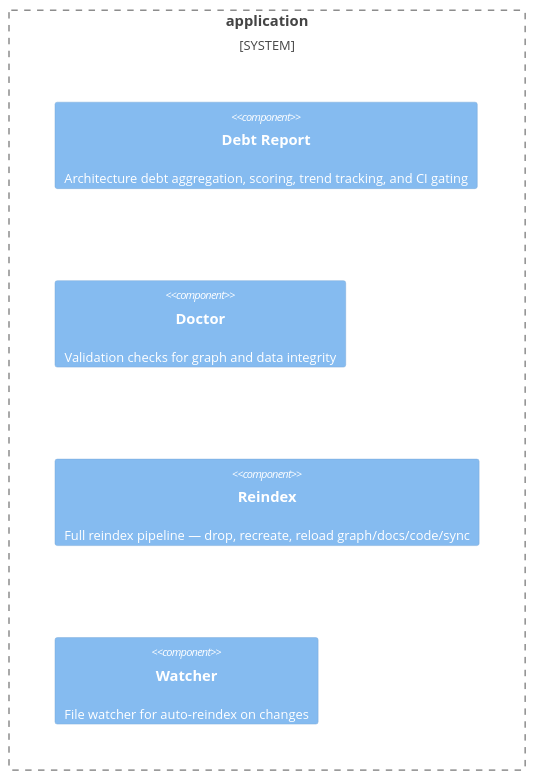
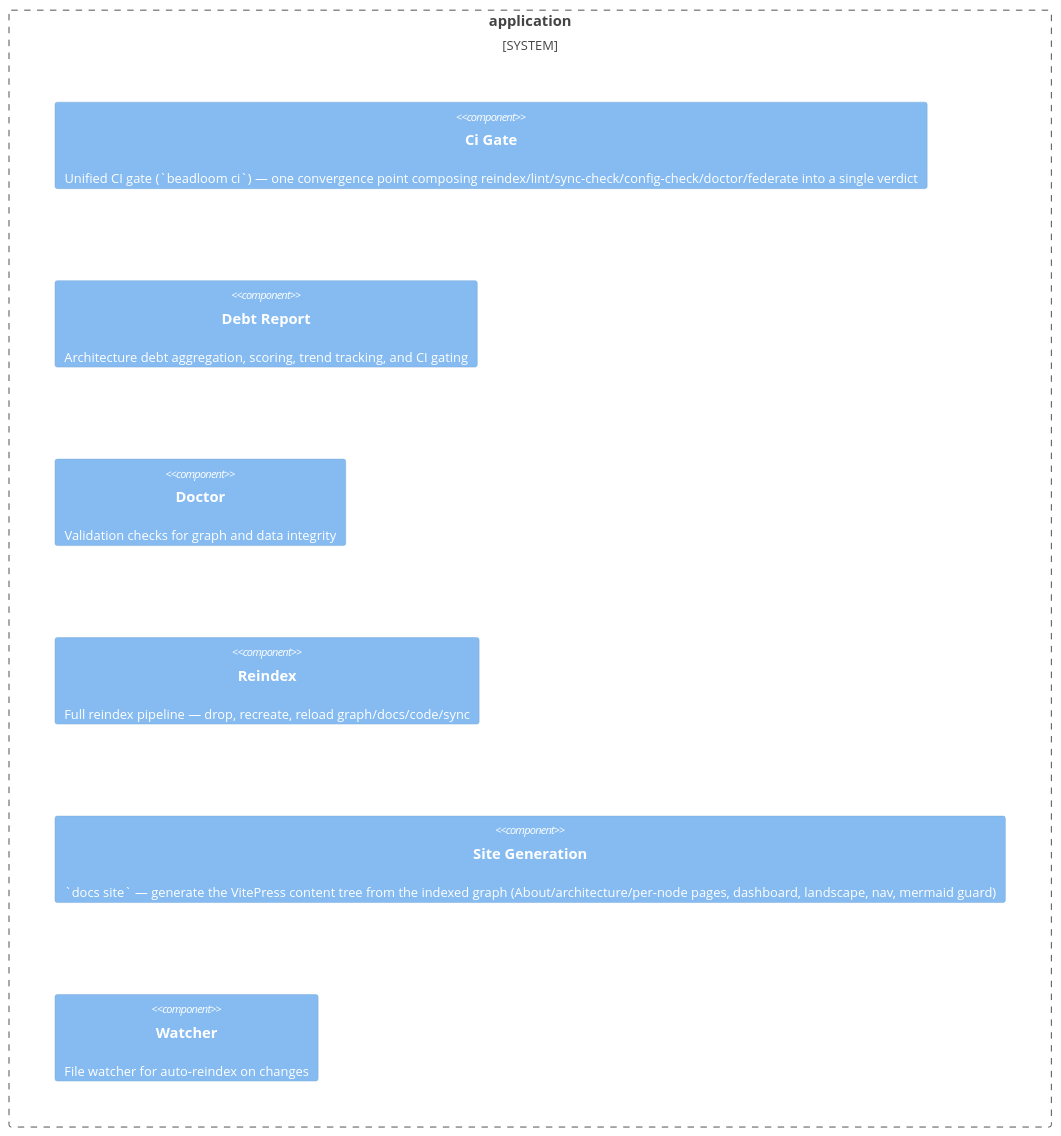
Before and after one commit to zoologov/beadloom: the diagram in site/domains/application.md, drawn with Mermaid. The commit also changed other lines of this file and 128 other files, not shown here.

First line of the commit message:
[BDL-051] docs — fill SPEC/DOCs + architecture-model + CHANGELOG/ROADMAP (epic close) (#12)

````diff
--- a/site/domains/application.md
+++ b/site/domains/application.md
@@ -92,9 +92,11 @@
 ```mermaid
 C4Container
     System_Boundary(application_boundary, "application") {
+        Component(ci_gate, "Ci Gate", "", "Unified CI gate (`beadloom ci`) — one convergence point composing reindex/lint/sync-check/config-check/doctor/federate into a single verdict")
         Component(debt_report, "Debt Report", "", "Architecture debt aggregation, scoring, trend tracking, and CI gating")
         Component(doctor, "Doctor", "", "Validation checks for graph and data integrity")
         Component(reindex, "Reindex", "", "Full reindex pipeline — drop, recreate, reload graph/docs/code/sync")
+        Component(site_generation, "Site Generation", "", "`docs site` — generate the VitePress content tree from the indexed graph (About/architecture/per-node pages, dashboard, landscape, nav, mermaid guard)")
         Component(watcher, "Watcher", "", "File watcher for auto-reindex on changes")
     }
 ```
````
